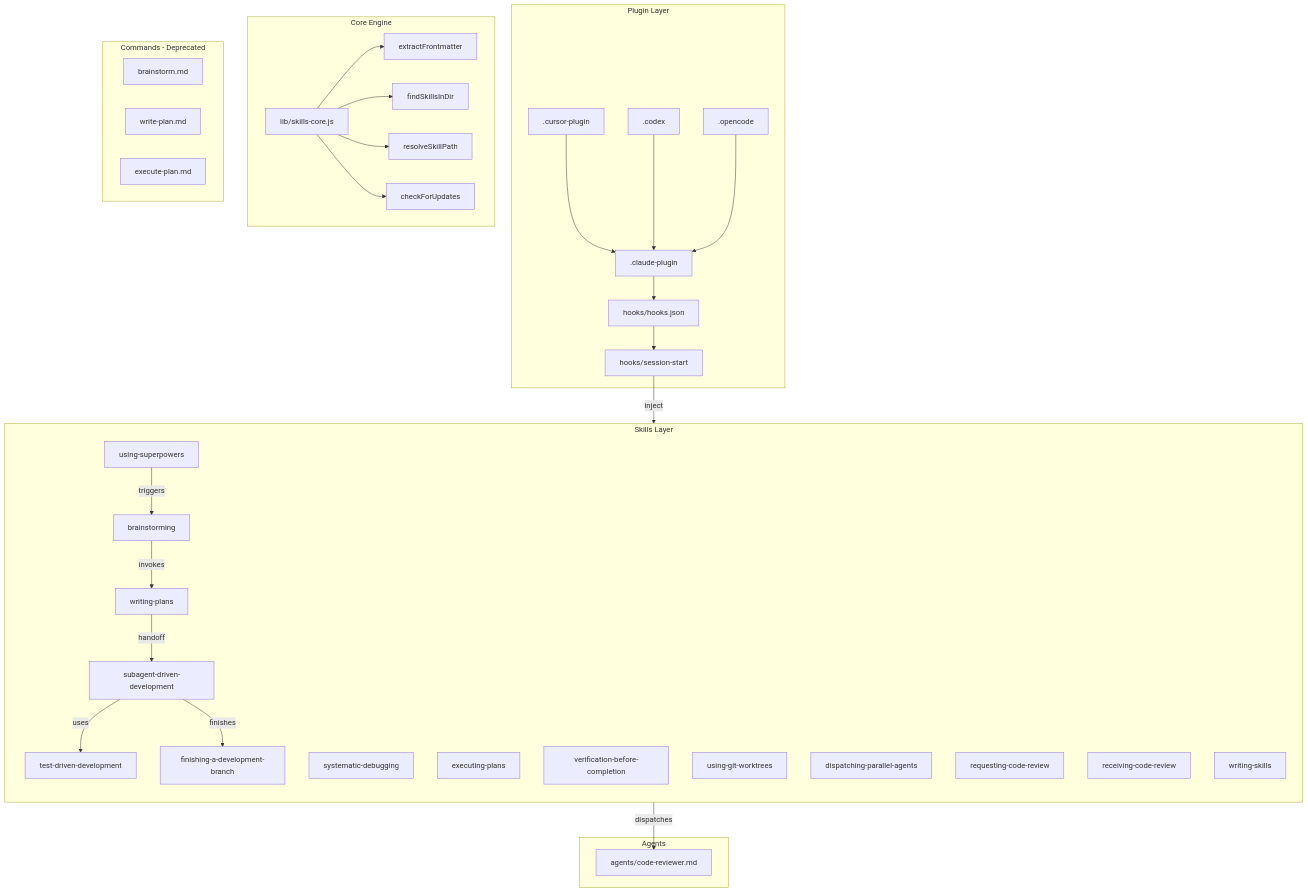
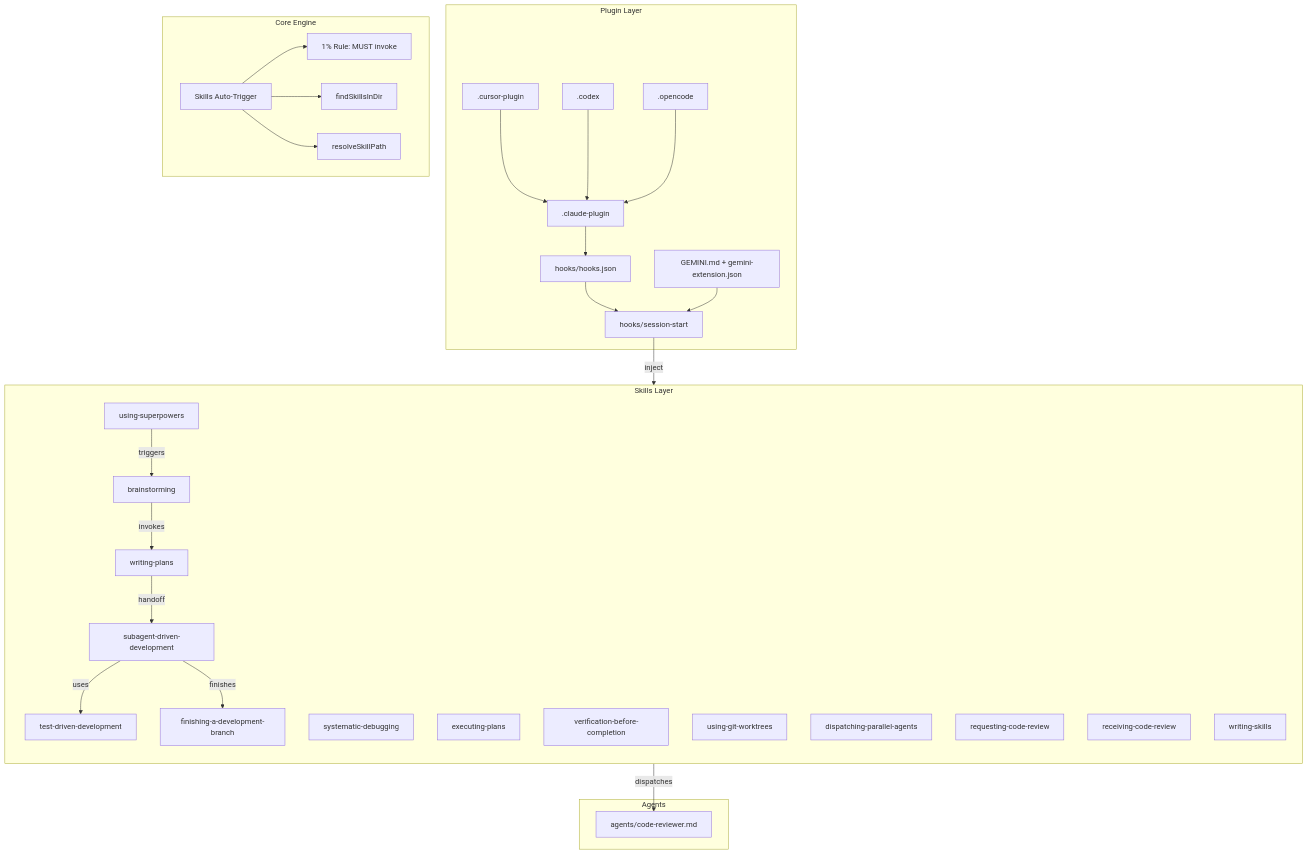
One commit to thientranhung/agentic-coding-lab changed the second of 3 diagrams in vn/superpowers/0. Overview.md. Above: the diagram before and after it, drawn with Mermaid. The commit also changed other lines of this file and 14 other files, not shown here.

````diff
--- a/vn/superpowers/0. Overview.md
+++ b/vn/superpowers/0. Overview.md
@@ -91,54 +75,48 @@
 ```mermaid
 graph TB
     subgraph "Plugin Layer"
         HC[hooks/hooks.json] --> SS[hooks/session-start]
         CP[".claude-plugin"] --> HC
         CU[".cursor-plugin"] --> CP
         CX[".codex"] --> CP
         OC[".opencode"] --> CP
+        GM["GEMINI.md + gemini-extension.json"] --> SS
     end
 
     subgraph "Core Engine"
-        SK[lib/skills-core.js]
-        SK --> EF[extractFrontmatter]
-        SK --> FS[findSkillsInDir]
-        SK --> RS[resolveSkillPath]
-        SK --> CU2[checkForUpdates]
+        SK["Skills Auto-Trigger"]
+        SK --> EF["1% Rule: MUST invoke"]
+        SK --> FS["findSkillsInDir"]
+        SK --> RS["resolveSkillPath"]
     end
 
     subgraph "Skills Layer"
         direction TB
         US[using-superpowers]
         BS[brainstorming]
         WP[writing-plans]
         SDD[subagent-driven-development]
         TDD[test-driven-development]
         SD[systematic-debugging]
         EP[executing-plans]
         VBC[verification-before-completion]
         UGW[using-git-worktrees]
         FAB[finishing-a-development-branch]
         DPA[dispatching-parallel-agents]
         RCR[requesting-code-review]
         RECV[receiving-code-review]
         WS[writing-skills]
     end
 
     subgraph "Agents"
         CR[agents/code-reviewer.md]
     end
 
-    subgraph "Commands - Deprecated"
-        CMD1[brainstorm.md]
-        CMD2[write-plan.md]
-        CMD3[execute-plan.md]
-    end
-
     SS -->|inject| US
     US -->|triggers| BS
     BS -->|invokes| WP
     WP -->|handoff| SDD
     SDD -->|dispatches| CR
     SDD -->|uses| TDD
     SDD -->|finishes| FAB
 ```
````
